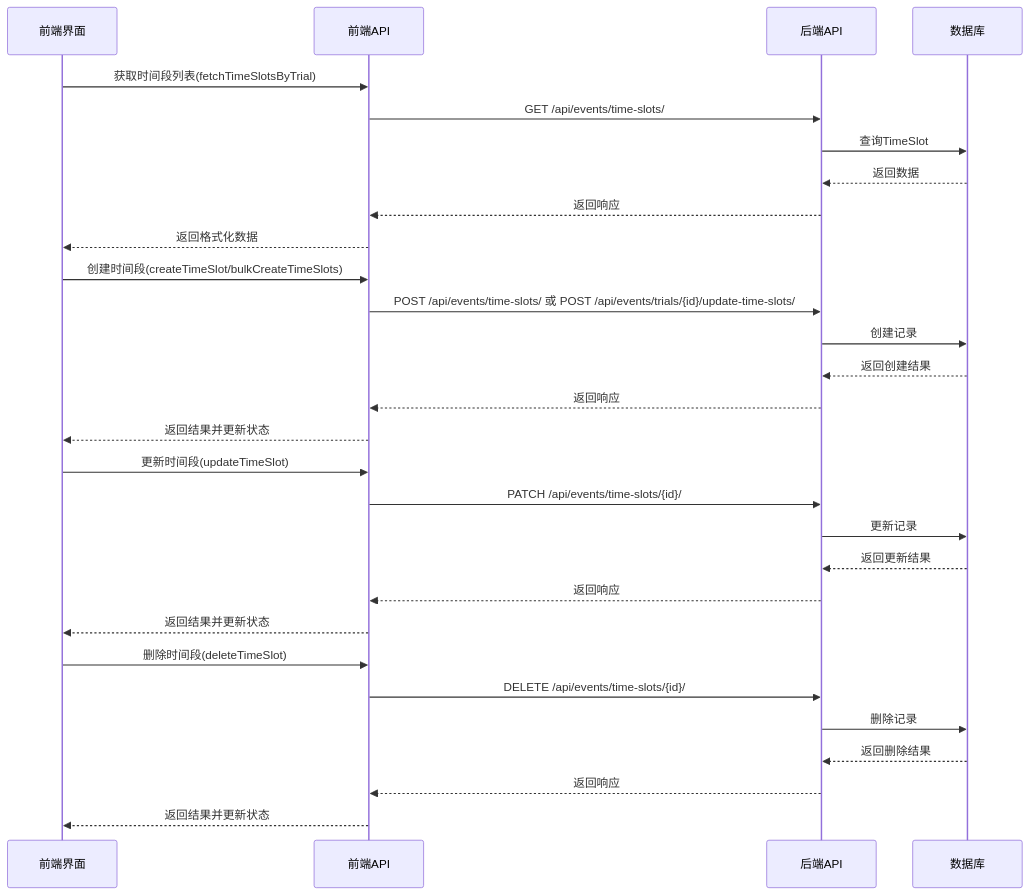
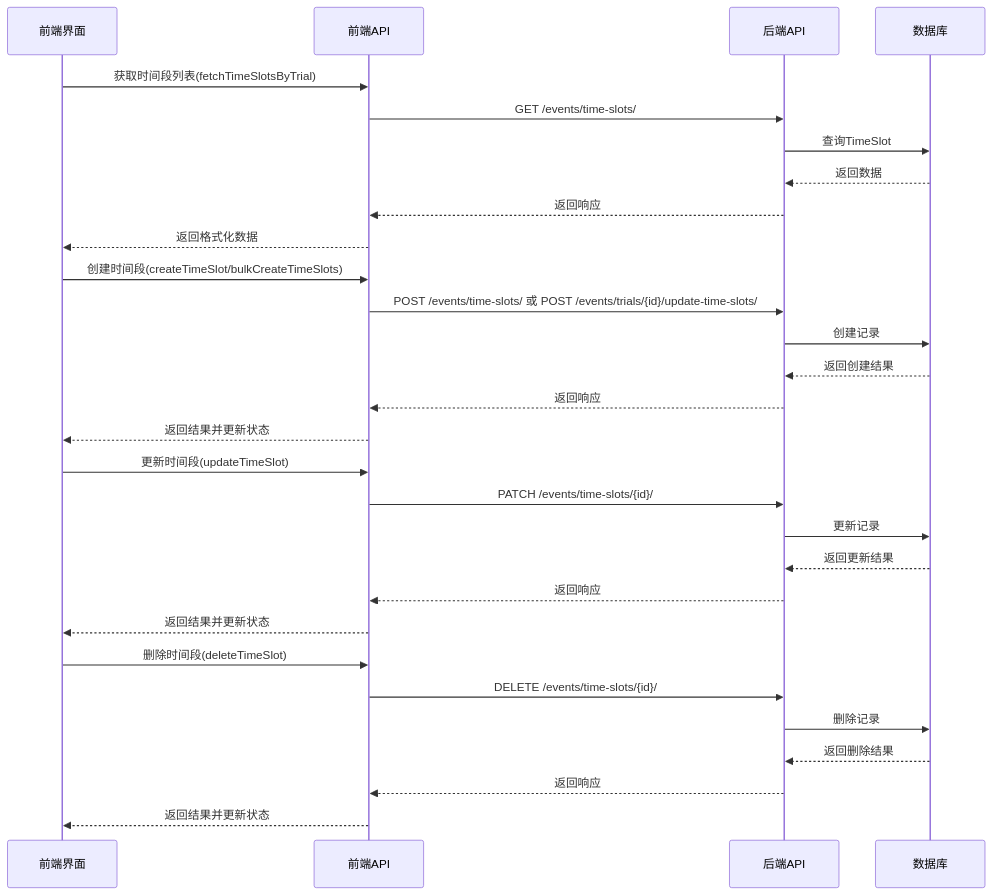
The diagram in calendar_with_react/docs/time_slot_logic.md (oneMuggle/OmniDesk), drawn with Mermaid before and after one commit. The commit also changed other lines of this file and 7 other files, not shown here.

````diff
--- a/calendar_with_react/docs/time_slot_logic.md
+++ b/calendar_with_react/docs/time_slot_logic.md
@@ -113,35 +113,35 @@
 ```mermaid
 sequenceDiagram
     participant UI as 前端界面
     participant API as 前端API
     participant Backend as 后端API
     participant DB as 数据库
     
     UI->>API: 获取时间段列表(fetchTimeSlotsByTrial)
-    API->>Backend: GET /api/events/time-slots/
+    API->>Backend: GET /events/time-slots/
     Backend->>DB: 查询TimeSlot
     DB-->>Backend: 返回数据
     Backend-->>API: 返回响应
     API-->>UI: 返回格式化数据
     
     UI->>API: 创建时间段(createTimeSlot/bulkCreateTimeSlots)
-    API->>Backend: POST /api/events/time-slots/ 或 POST /api/events/trials/{id}/update-time-slots/
+    API->>Backend: POST /events/time-slots/ 或 POST /events/trials/{id}/update-time-slots/
     Backend->>DB: 创建记录
     DB-->>Backend: 返回创建结果
     Backend-->>API: 返回响应
     API-->>UI: 返回结果并更新状态
     
     UI->>API: 更新时间段(updateTimeSlot)
-    API->>Backend: PATCH /api/events/time-slots/{id}/
+    API->>Backend: PATCH /events/time-slots/{id}/
     Backend->>DB: 更新记录
     DB-->>Backend: 返回更新结果
     Backend-->>API: 返回响应
     API-->>UI: 返回结果并更新状态
     
     UI->>API: 删除时间段(deleteTimeSlot)
-    API->>Backend: DELETE /api/events/time-slots/{id}/
+    API->>Backend: DELETE /events/time-slots/{id}/
     Backend->>DB: 删除记录
     DB-->>Backend: 返回删除结果
     Backend-->>API: 返回响应
     API-->>UI: 返回结果并更新状态
 ```
````
